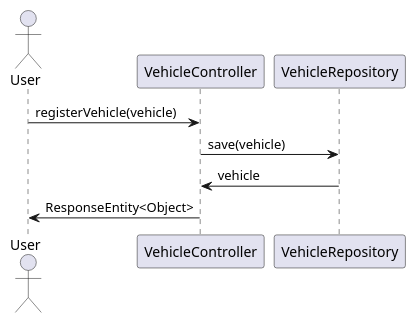
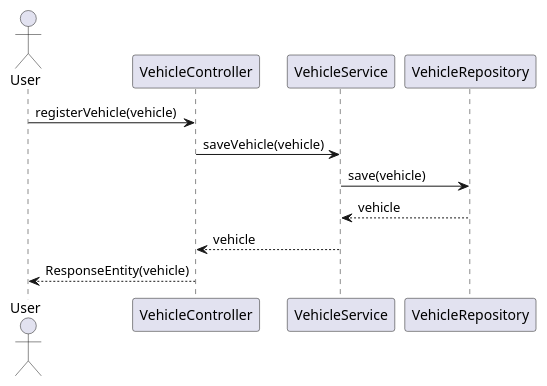
Before and after one commit to Dinesh-s95/AutoDoc.ai: the first of 4 diagrams in vehiclemanagement/documentation/detaileddesign.adoc, drawn with PlantUML. The commit also changed other lines of this file and 19 other files, not shown here.

```diff
--- a/vehiclemanagement/documentation/detaileddesign.adoc
+++ b/vehiclemanagement/documentation/detaileddesign.adoc
@@ -79,13 +65,16 @@
 [plantuml, user-registration-sequence, png]
-....
+----
 @startuml
 actor User
-participant "VehicleController" as VC
-participant "VehicleRepository" as VR
+participant "VehicleController" as Controller
+participant "VehicleService" as Service
+participant "VehicleRepository" as Repository
 
-User -> VC : registerVehicle(vehicle)
-VC -> VR : save(vehicle)
-VR -> VC : vehicle
-VC -> User : ResponseEntity<Object>
+User -> Controller : registerVehicle(vehicle)
+Controller -> Service : saveVehicle(vehicle)
+Service -> Repository : save(vehicle)
+Repository --> Service : vehicle
+Service --> Controller : vehicle
+Controller --> User : ResponseEntity(vehicle)
 @enduml
-....
+----
```
